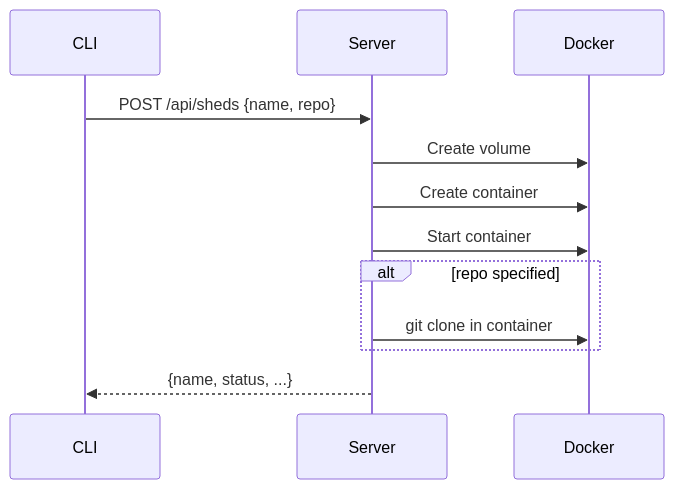
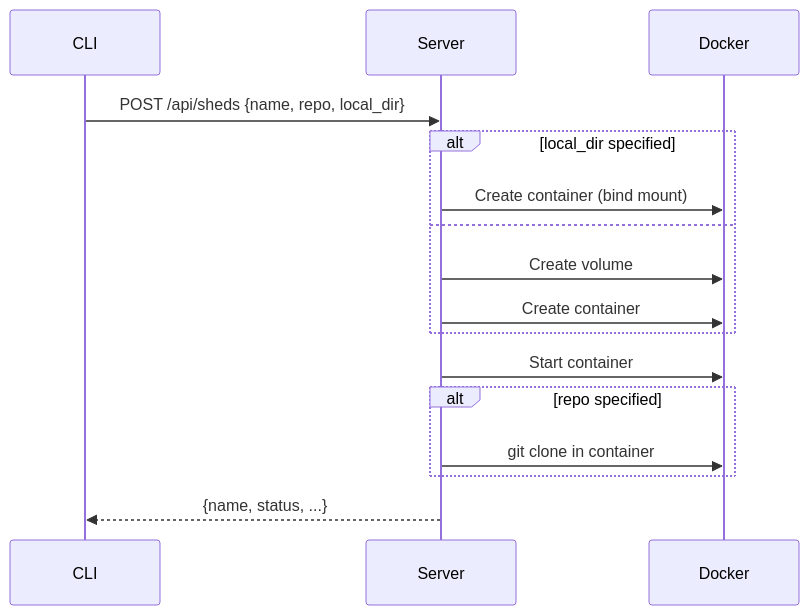
One commit to charliek/shed changed the third of 5 diagrams in docs/development/architecture.md. Above: the diagram before and after it, drawn with Mermaid. The commit also changed other lines of this file and 22 other files, not shown here.

First line of the commit message:
Add --local-dir flag for mounting host directories as workspace

````diff
--- a/docs/development/architecture.md
+++ b/docs/development/architecture.md
@@ -98,15 +100,19 @@
 ```mermaid
 sequenceDiagram
     participant CLI
     participant Server
     participant Docker
 
-    CLI->>Server: POST /api/sheds {name, repo}
-    Server->>Docker: Create volume
-    Server->>Docker: Create container
+    CLI->>Server: POST /api/sheds {name, repo, local_dir}
+    alt local_dir specified
+        Server->>Docker: Create container (bind mount)
+    else
+        Server->>Docker: Create volume
+        Server->>Docker: Create container
+    end
     Server->>Docker: Start container
     alt repo specified
         Server->>Docker: git clone in container
     end
     Server-->>CLI: {name, status, ...}
 ```
````
